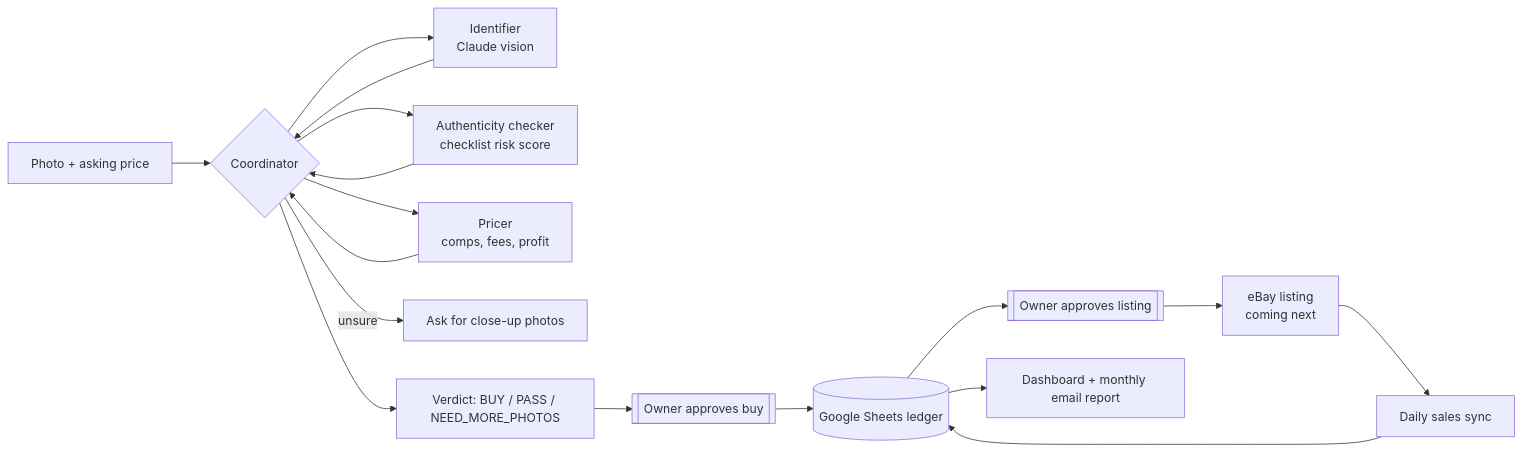
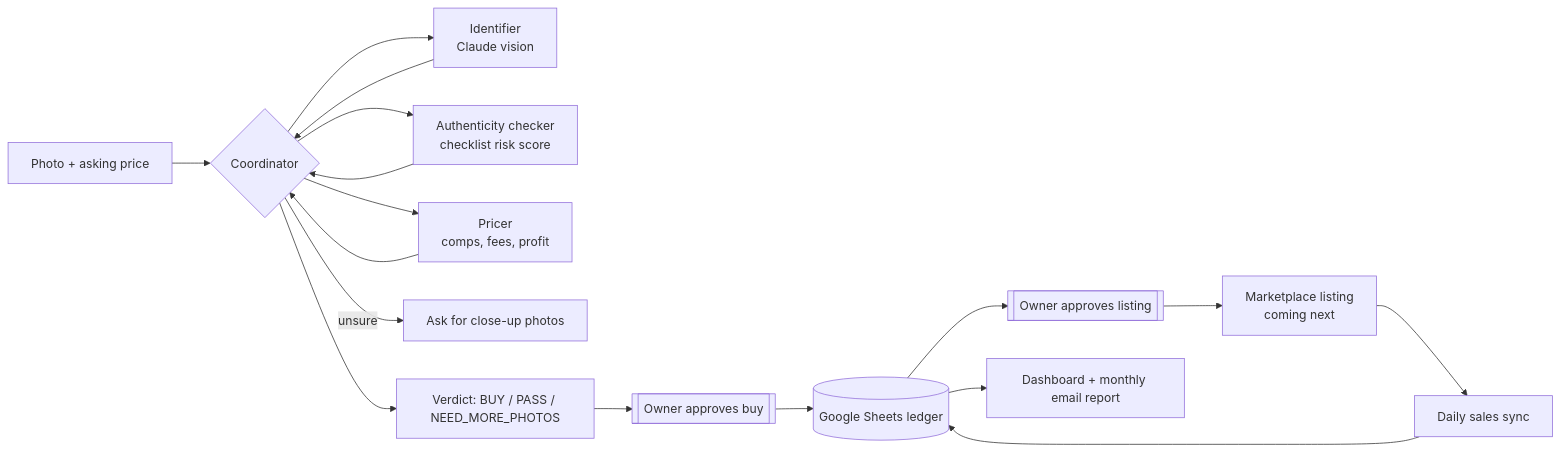
One commit to eduardoslife/ecommerce-ai-agent changed the diagram in README.md. Above: the diagram before and after it, drawn with Mermaid. The commit also changed other lines of this file and 5 other files, not shown here.

````diff
--- a/README.md
+++ b/README.md
@@ -19,18 +21,18 @@
 ```mermaid
 flowchart LR
     P[Photo + asking price] --> C{Coordinator}
     C --> I[Identifier<br/>Claude vision]
     C --> A[Authenticity checker<br/>checklist risk score]
     C --> R[Pricer<br/>comps, fees, profit]
     I --> C
     A --> C
     R --> C
     C -->|unsure| M[Ask for close-up photos]
     C --> V[Verdict: BUY / PASS / NEED_MORE_PHOTOS]
     V --> G1[[Owner approves buy]]
     G1 --> L[(Google Sheets ledger)]
     L --> G2[[Owner approves listing]]
-    G2 --> E[eBay listing<br/>coming next]
+    G2 --> E[Marketplace listing<br/>coming next]
     E --> S[Daily sales sync] --> L
     L --> D[Dashboard + monthly email report]
 ```
````
